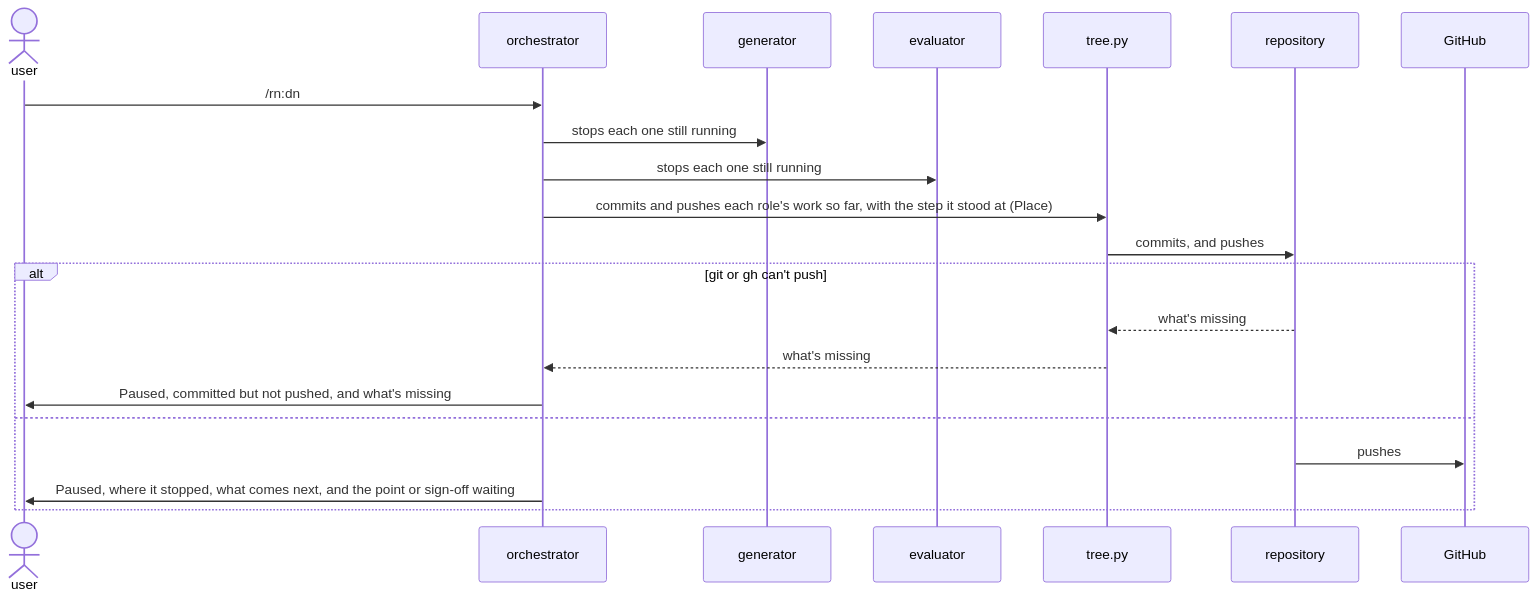
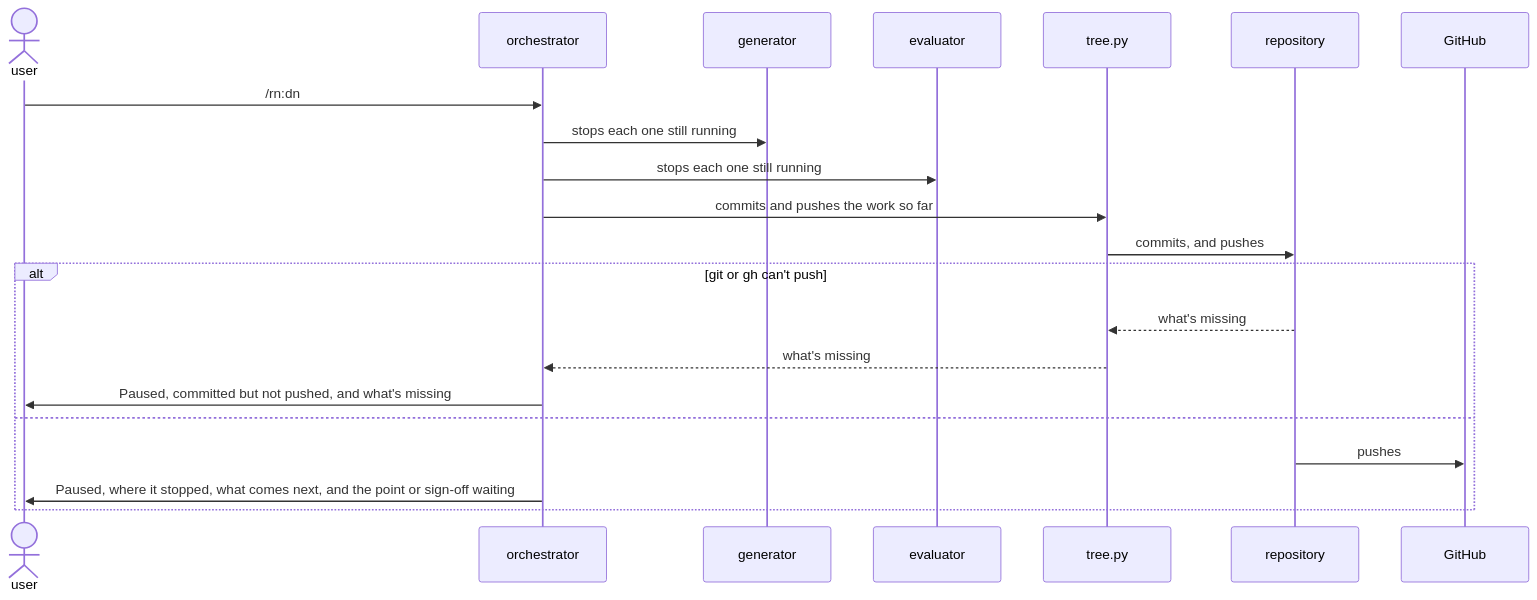
Before and after one commit to lovaizu/ccpm: the fourth of 6 diagrams in dev/rn/architecture.md, drawn with Mermaid. The commit also changed other lines of this file and 4 other files, not shown here.

````diff
--- a/dev/rn/architecture.md
+++ b/dev/rn/architecture.md
@@ -365,23 +350,23 @@
 ```mermaid
 sequenceDiagram
   actor U as user
   participant O as orchestrator
   participant G as generator
   participant E as evaluator
   participant T as tree.py
   participant RP as repository
   participant GH as GitHub
   U->>O: /rn:dn
   O->>G: stops each one still running
   O->>E: stops each one still running
-  O->>T: commits and pushes each role's work so far, with the step it stood at (Place)
+  O->>T: commits and pushes the work so far
   T->>RP: commits, and pushes
   alt git or gh can't push
     RP-->>T: what's missing
     T-->>O: what's missing
     O->>U: Paused, committed but not pushed, and what's missing
   else
     RP->>GH: pushes
     O->>U: Paused, where it stopped, what comes next, and the point or sign-off waiting
   end
 ```
````
